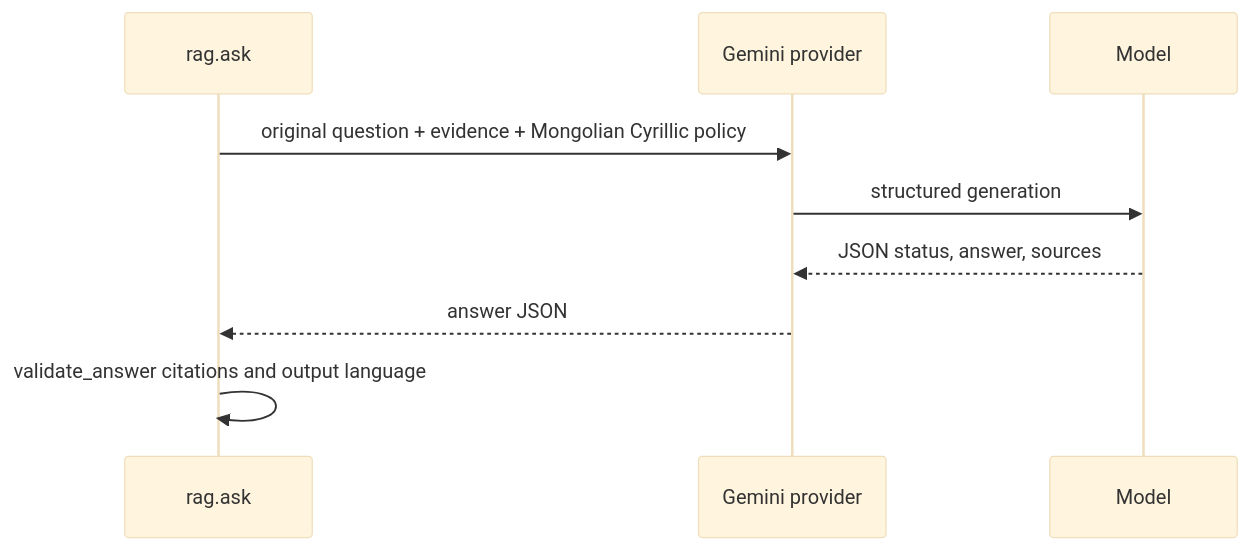
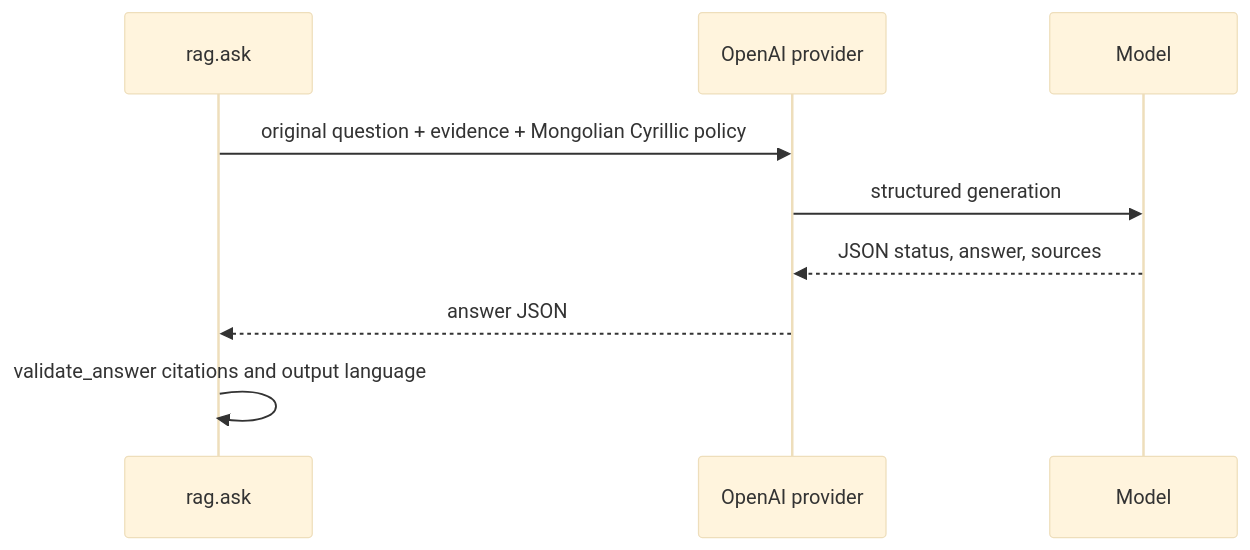
Before and after one commit to Dorjnyam/rag_chatbot_try: the eighth of 15 diagrams in documentation/08-advanced-rag-implementation.md, drawn with Mermaid (base theme). The commit also changed other lines of this file and 50 other files, not shown here.

````diff
--- a/documentation/08-advanced-rag-implementation.md
+++ b/documentation/08-advanced-rag-implementation.md
@@ -98,11 +98,11 @@
 ```mermaid
 sequenceDiagram
   participant R as rag.ask
-  participant P as Gemini provider
+  participant P as OpenAI provider
   participant M as Model
   R->>P: original question + evidence + Mongolian Cyrillic policy
   P->>M: structured generation
   M-->>P: JSON status, answer, sources
   P-->>R: answer JSON
   R->>R: validate_answer citations and output language
 ```
````
